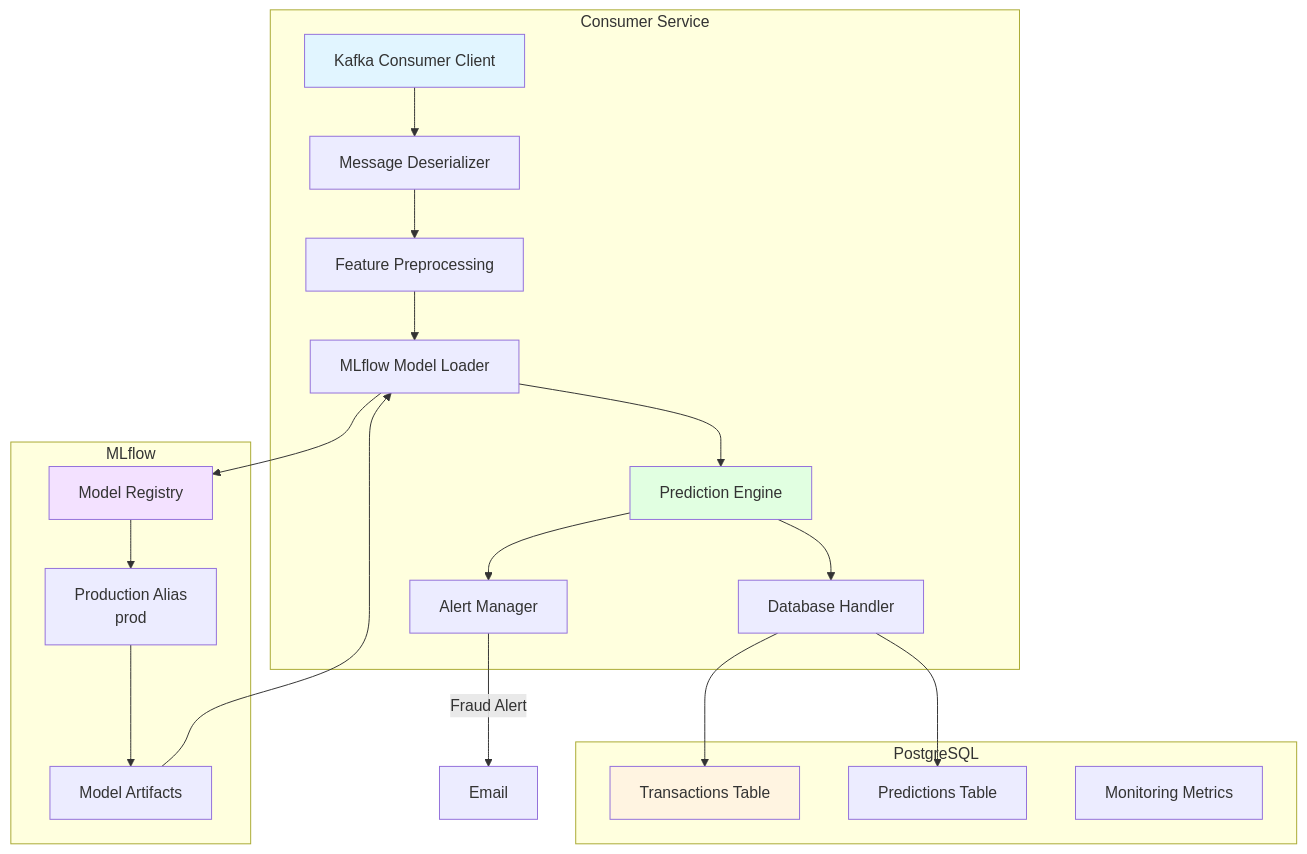
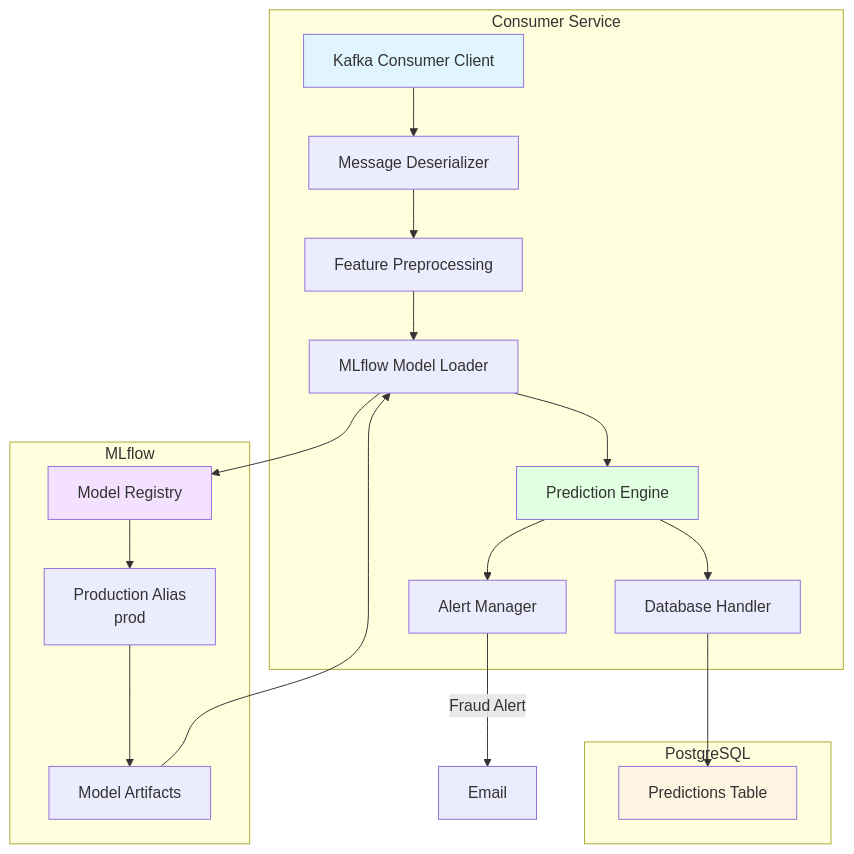
One commit to jefraudai/jefraudai changed the fourth of 8 diagrams in Services/docsify/docs/architecture.md. Above: the diagram before and after it, drawn with Mermaid. The commit also changed other lines of this file and 6 other files, not shown here.

````diff
--- a/Services/docsify/docs/architecture.md
+++ b/Services/docsify/docs/architecture.md
@@ -126,43 +126,40 @@
 ```mermaid
 graph TD
     subgraph "Consumer Service"
         C1[Kafka Consumer Client]
         C2[Message Deserializer]
         C3[Feature Preprocessing]
         C4[MLflow Model Loader]
         C5[Prediction Engine]
         C6[Database Handler]
         C7[Alert Manager]
     end
     
     subgraph "MLflow"
         M1[Model Registry]
         M2[Production Alias<br/>prod]
         M3[Model Artifacts]
     end
     
     subgraph "PostgreSQL"
-        D1[Transactions Table]
-        D2[Predictions Table]
-        D3[Monitoring Metrics]
+        D1[Predictions Table]
     end
     
     C1 --> C2
     C2 --> C3
     C3 --> C4
     C4 --> M1
     M1 --> M2
     M2 --> M3
     M3 --> C4
     C4 --> C5
     C5 --> C6
     C6 --> D1
-    C6 --> D2
     C5 --> C7
     C7 -->|Fraud Alert| Email
     
     style C1 fill:#e1f5ff
     style C5 fill:#e1ffe1
     style M1 fill:#f3e1ff
     style D1 fill:#fff4e1
 ```
````
